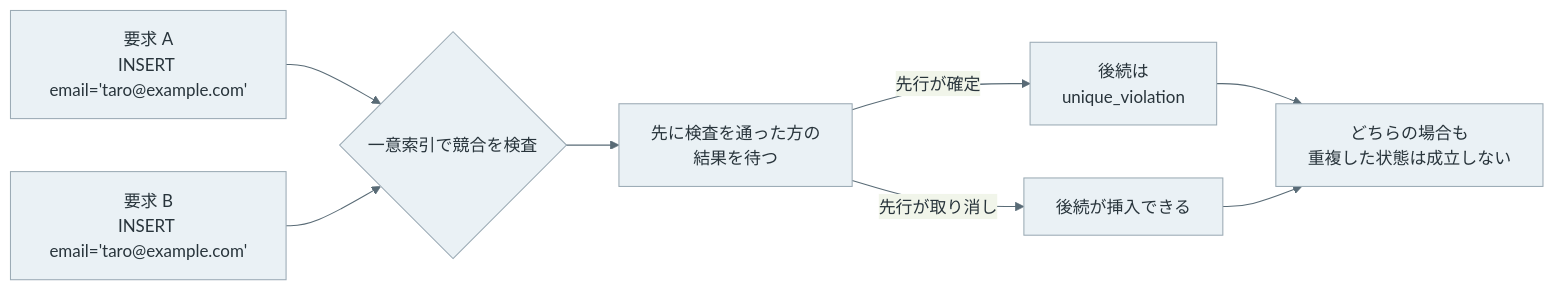
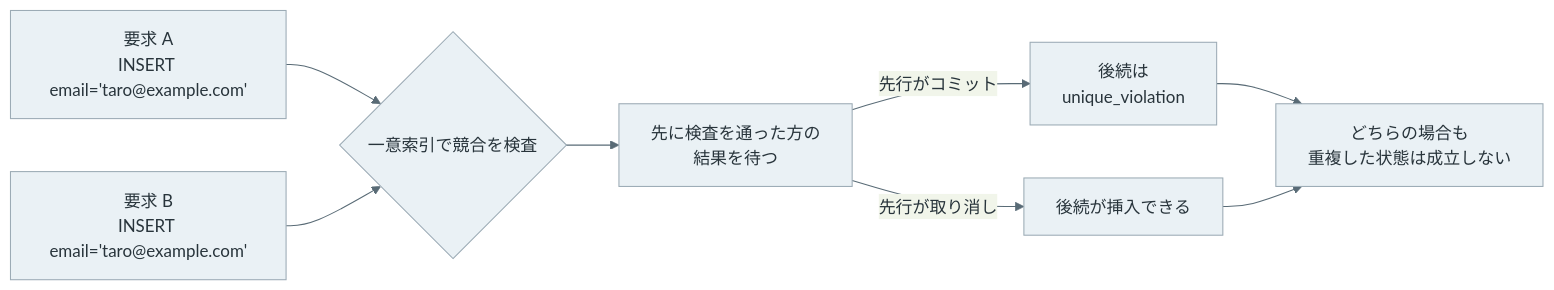
Before and after one commit to nao1215/debimate: the second of 4 diagrams in content/notes/database-systems/unique-constraint/index.md, drawn with Mermaid. The commit also changed other lines of this file and 32 other files, not shown here.

````diff
--- a/content/notes/database-systems/unique-constraint/index.md
+++ b/content/notes/database-systems/unique-constraint/index.md
@@ -86,12 +86,12 @@
 ```mermaid
 %%{init: {"theme":"base","themeVariables":{"primaryColor":"#eaf1f5","primaryTextColor":"#28343b","primaryBorderColor":"#9cabb5","lineColor":"#596b76","textColor":"#28343b","actorBkg":"#eaf1f5","actorBorder":"#9cabb5","actorTextColor":"#28343b","actorLineColor":"#9cabb5","signalColor":"#596b76","signalTextColor":"#28343b","noteBkgColor":"#f7f1e5","noteBorderColor":"#c5b99b","noteTextColor":"#403c32","activationBkgColor":"#edf3ef","activationBorderColor":"#9aafa1"}}}%%
 flowchart LR
     A["要求 A<br/>INSERT email='taro@example.com'"] --> U{"一意索引で競合を検査"}
     B["要求 B<br/>INSERT email='taro@example.com'"] --> U
     U --> W["先に検査を通った方の<br/>結果を待つ"]
-    W -->|"先行が確定"| E["後続は<br/>unique_violation"]
+    W -->|"先行がコミット"| E["後続は<br/>unique_violation"]
     W -->|"先行が取り消し"| S["後続が挿入できる"]
     E --> R["どちらの場合も<br/>重複した状態は成立しない"]
     S --> R
     classDef default fill:#eaf1f5,stroke:#9cabb5,color:#28343b;
 ```
````
